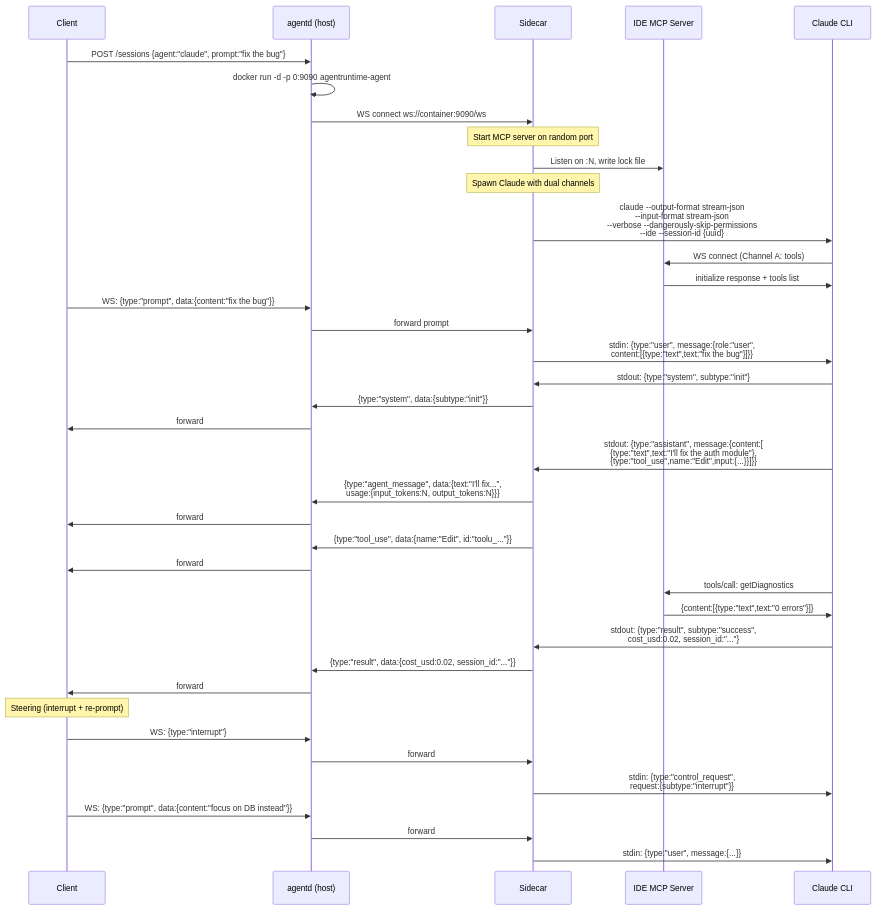
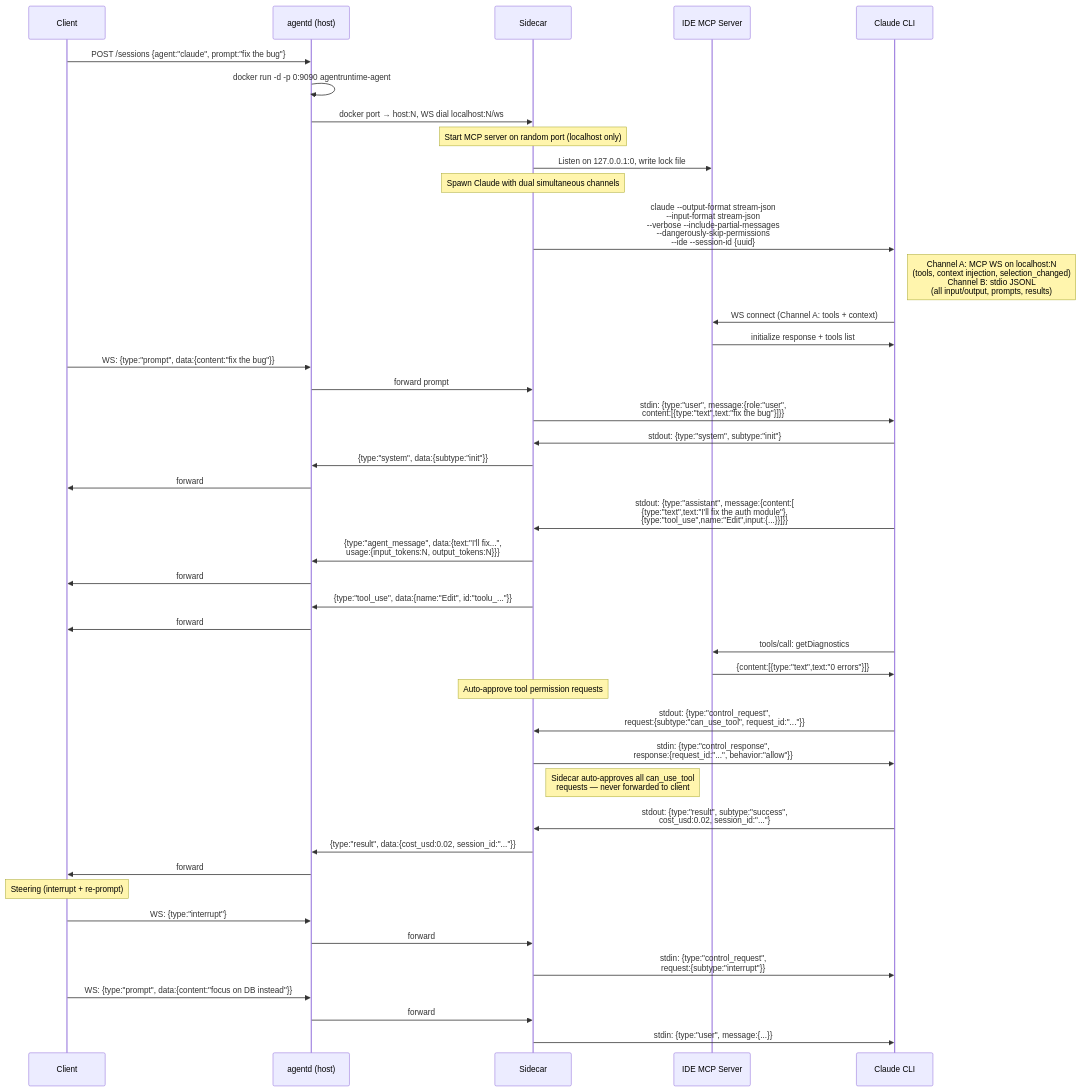
One commit to danieliser/agentruntime changed the second of 5 diagrams in docs/architecture-flows.md. Above: the diagram before and after it, drawn with Mermaid. The commit also changed other lines of this file, not shown here.

First line of the commit message:
docs: fix architecture-flows.md inaccuracies from audit

````diff
--- a/docs/architecture-flows.md
+++ b/docs/architecture-flows.md
@@ -26,52 +25,58 @@
 ```mermaid
 sequenceDiagram
     participant C as Client
     participant H as agentd (host)
     participant S as Sidecar
     participant MCP as IDE MCP Server
     participant CL as Claude CLI
 
     C->>H: POST /sessions {agent:"claude", prompt:"fix the bug"}
     H->>H: docker run -d -p 0:9090 agentruntime-agent
-    H->>S: WS connect ws://container:9090/ws
+    H->>S: docker port → host:N, WS dial localhost:N/ws
 
-    Note over S: Start MCP server on random port
-    S->>MCP: Listen on :N, write lock file
+    Note over S: Start MCP server on random port (localhost only)
+    S->>MCP: Listen on 127.0.0.1:0, write lock file
 
-    Note over S: Spawn Claude with dual channels
-    S->>CL: claude --output-format stream-json<br/>--input-format stream-json<br/>--verbose --dangerously-skip-permissions<br/>--ide --session-id {uuid}
+    Note over S: Spawn Claude with dual simultaneous channels
+    S->>CL: claude --output-format stream-json<br/>--input-format stream-json<br/>--verbose --include-partial-messages<br/>--dangerously-skip-permissions<br/>--ide --session-id {uuid}
+    Note right of CL: Channel A: MCP WS on localhost:N<br/>(tools, context injection, selection_changed)<br/>Channel B: stdio JSONL<br/>(all input/output, prompts, results)
 
-    CL->>MCP: WS connect (Channel A: tools)
+    CL->>MCP: WS connect (Channel A: tools + context)
     MCP->>CL: initialize response + tools list
 
     C->>H: WS: {type:"prompt", data:{content:"fix the bug"}}
     H->>S: forward prompt
     S->>CL: stdin: {type:"user", message:{role:"user",<br/>content:[{type:"text",text:"fix the bug"}]}}
 
     CL->>S: stdout: {type:"system", subtype:"init"}
     S->>H: {type:"system", data:{subtype:"init"}}
     H->>C: forward
 
     CL->>S: stdout: {type:"assistant", message:{content:[<br/>{type:"text",text:"I'll fix the auth module"},<br/>{type:"tool_use",name:"Edit",input:{...}}]}}
     S->>H: {type:"agent_message", data:{text:"I'll fix...",<br/>usage:{input_tokens:N, output_tokens:N}}}
     H->>C: forward
 
     S->>H: {type:"tool_use", data:{name:"Edit", id:"toolu_..."}}
     H->>C: forward
 
     CL->>MCP: tools/call: getDiagnostics
     MCP->>CL: {content:[{type:"text",text:"0 errors"}]}
 
+    Note over S: Auto-approve tool permission requests
+    CL->>S: stdout: {type:"control_request",<br/>request:{subtype:"can_use_tool", request_id:"..."}}
+    S->>CL: stdin: {type:"control_response",<br/>response:{request_id:"...", behavior:"allow"}}
+    Note right of S: Sidecar auto-approves all can_use_tool<br/>requests — never forwarded to client
+
     CL->>S: stdout: {type:"result", subtype:"success",<br/>cost_usd:0.02, session_id:"..."}
     S->>H: {type:"result", data:{cost_usd:0.02, session_id:"..."}}
     H->>C: forward
 
     Note over C: Steering (interrupt + re-prompt)
     C->>H: WS: {type:"interrupt"}
     H->>S: forward
     S->>CL: stdin: {type:"control_request",<br/>request:{subtype:"interrupt"}}
 
     C->>H: WS: {type:"prompt", data:{content:"focus on DB instead"}}
     H->>S: forward
     S->>CL: stdin: {type:"user", message:{...}}
 ```
````
